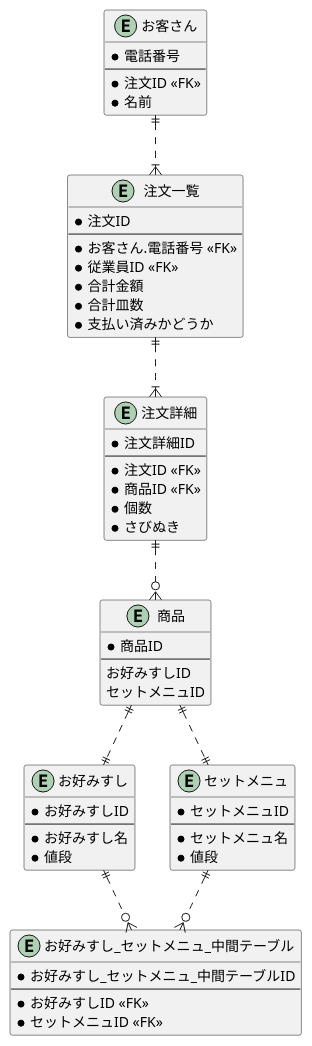
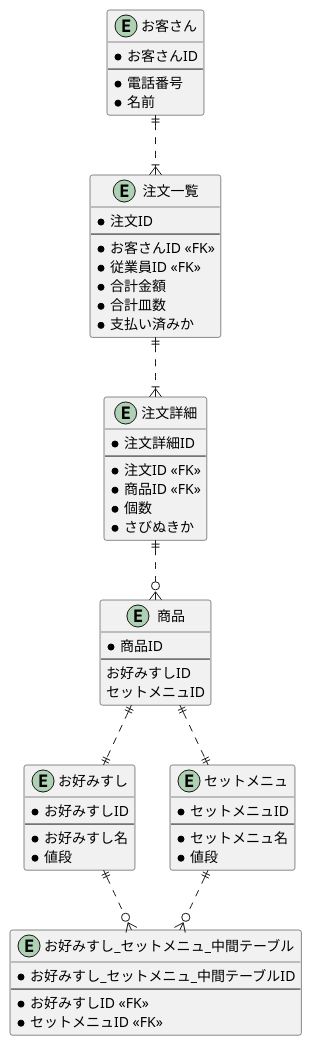
The diagram in F0yWy8HaLlWoST/01_データベース設計/01_DBモデリング1/kadai_01.md (praha-inc/praha-challenge-7), drawn with PlantUML before and after one commit.

Commit message:
fix: 田中さんのやつをみて修正

````diff
--- a/F0yWy8HaLlWoST/01_データベース設計/01_DBモデリング1/kadai_01.md
+++ b/F0yWy8HaLlWoST/01_データベース設計/01_DBモデリング1/kadai_01.md
@@ -3,66 +3,66 @@
 ```plantuml
 @startuml
-entity "お客さん" as e01 {
+entity "お客さん" as m_customer {
+  *お客さんID
+  --
   *電話番号
-  --
-  *注文ID <<FK>>
   *名前
 }
 
-entity "商品" as e03 {
+entity "商品" as m_item {
   *商品ID
   --
   お好みすしID
   セットメニュID
 }
 
-entity "お好みすし" as e04 {
+entity "お好みすし" as m_sushi {
   *お好みすしID
   --
   *お好みすし名
   *値段
 }
 
-entity "セットメニュ" as e05 {
+entity "セットメニュ" as m_set {
   *セットメニュID
   --
   *セットメニュ名
   *値段
 }
 
-entity "お好みすし_セットメニュ_中間テーブル" as e06 {
+entity "お好みすし_セットメニュ_中間テーブル" as set_sushi_belonging {
   *お好みすし_セットメニュ_中間テーブルID
   --
   *お好みすしID <<FK>>
   *セットメニュID <<FK>>
 }
 
-entity "注文一覧" as e07 {
+entity "注文一覧" as t_order {
   *注文ID
   --
-  *お客さん.電話番号 <<FK>>
+  *お客さんID <<FK>>
   *従業員ID <<FK>>
   *合計金額
   *合計皿数
-  *支払い済みかどうか
+  *支払い済みか
 }
 
-entity "注文詳細" as e08 {
+entity "注文詳細" as t_order_detail {
   *注文詳細ID
   --
   *注文ID <<FK>>
   *商品ID <<FK>>
   *個数
-  *さびぬき
+  *さびぬきか
 }
 
-e01 ||..|{ e07
-e07 ||..|{ e08
-e08 ||..o{ e03
-e03 ||..|| e04
-e03 ||..|| e05
-e04 ||..o{ e06
-e05 ||..o{ e06
+m_customer ||..|{ t_order
+t_order ||..|{ t_order_detail
+t_order_detail ||..o{ m_item
+m_item ||..|| m_sushi
+m_item ||..|| m_set
+m_sushi ||..o{ set_sushi_belonging
+m_set ||..o{ set_sushi_belonging
 
 @enduml
 ```
````
